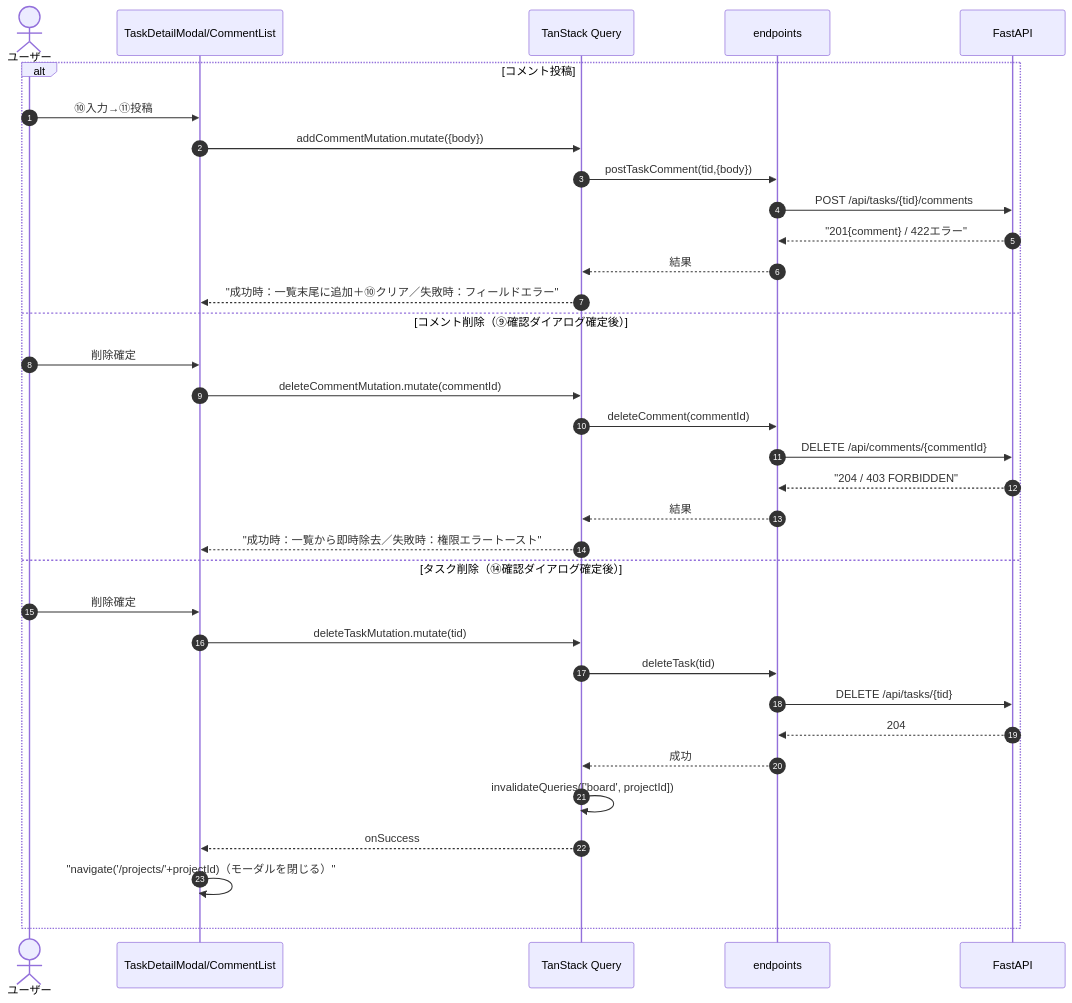
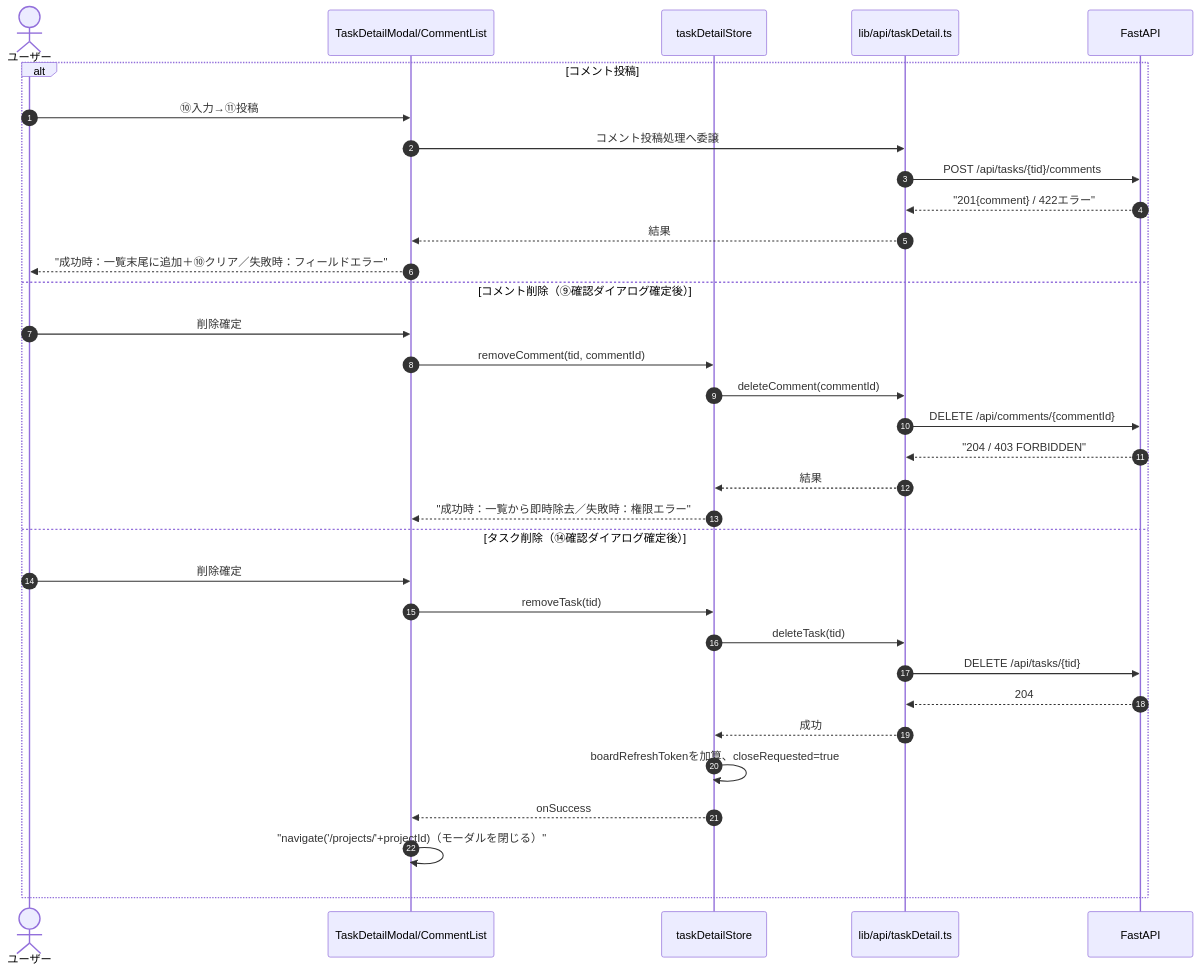
One commit to oikawa-d/task_management changed the fourth of 6 diagrams in docs/detailed_design/screen/08_task_detail_modal.md. Above: the diagram before and after it, drawn with Mermaid. The commit also changed other lines of this file and 2 other files, not shown here.

````diff
--- a/docs/detailed_design/screen/08_task_detail_modal.md
+++ b/docs/detailed_design/screen/08_task_detail_modal.md
@@ -208,37 +224,36 @@
 ```mermaid
 sequenceDiagram
     autonumber
     actor U as ユーザー
     participant TDM as TaskDetailModal/CommentList
-    participant Q as TanStack Query
-    participant EP as endpoints
+    participant S as taskDetailStore
+    participant EP as lib/api/taskDetail.ts
     participant API as FastAPI
 
     alt コメント投稿
         U->>TDM: ⑩入力→⑪投稿
-        TDM->>Q: addCommentMutation.mutate({body})
-        Q->>EP: postTaskComment(tid,{body})
+        TDM->>EP: コメント投稿処理へ委譲
         EP->>API: POST /api/tasks/{tid}/comments
         API-->>EP: "201{comment} / 422エラー"
-        EP-->>Q: 結果
-        Q-->>TDM: "成功時：一覧末尾に追加＋⑩クリア／失敗時：フィールドエラー"
+        EP-->>TDM: 結果
+        TDM-->>U: "成功時：一覧末尾に追加＋⑩クリア／失敗時：フィールドエラー"
     else コメント削除（⑨確認ダイアログ確定後）
         U->>TDM: 削除確定
-        TDM->>Q: deleteCommentMutation.mutate(commentId)
-        Q->>EP: deleteComment(commentId)
+        TDM->>S: removeComment(tid, commentId)
+        S->>EP: deleteComment(commentId)
         EP->>API: DELETE /api/comments/{commentId}
         API-->>EP: "204 / 403 FORBIDDEN"
-        EP-->>Q: 結果
-        Q-->>TDM: "成功時：一覧から即時除去／失敗時：権限エラートースト"
+        EP-->>S: 結果
+        S-->>TDM: "成功時：一覧から即時除去／失敗時：権限エラー"
     else タスク削除（⑭確認ダイアログ確定後）
         U->>TDM: 削除確定
-        TDM->>Q: deleteTaskMutation.mutate(tid)
-        Q->>EP: deleteTask(tid)
+        TDM->>S: removeTask(tid)
+        S->>EP: deleteTask(tid)
         EP->>API: DELETE /api/tasks/{tid}
         API-->>EP: 204
-        EP-->>Q: 成功
-        Q->>Q: invalidateQueries(['board', projectId])
-        Q-->>TDM: onSuccess
+        EP-->>S: 成功
+        S->>S: boardRefreshTokenを加算、closeRequested=true
+        S-->>TDM: onSuccess
         TDM->>TDM: "navigate('/projects/'+projectId)（モーダルを閉じる）"
     end
 ```
````
